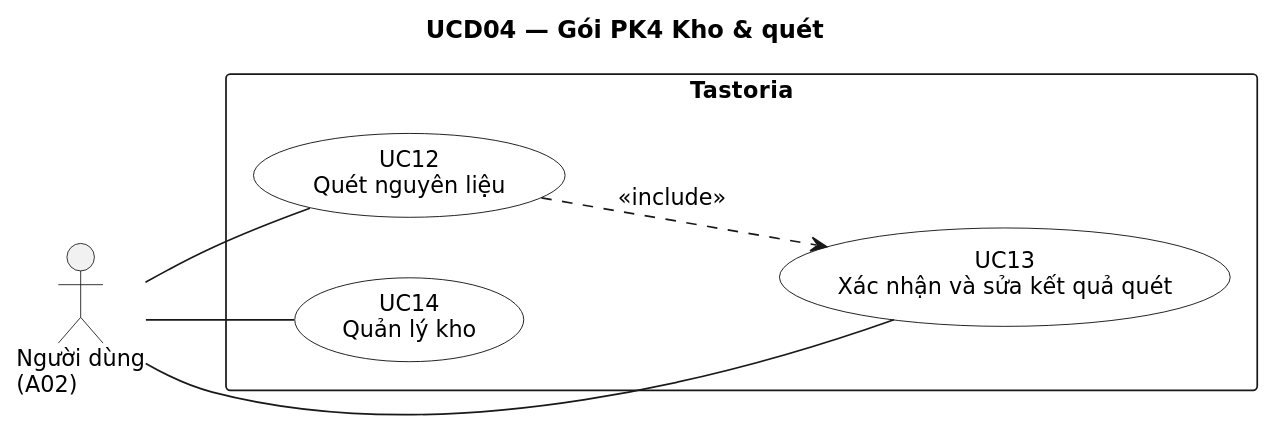
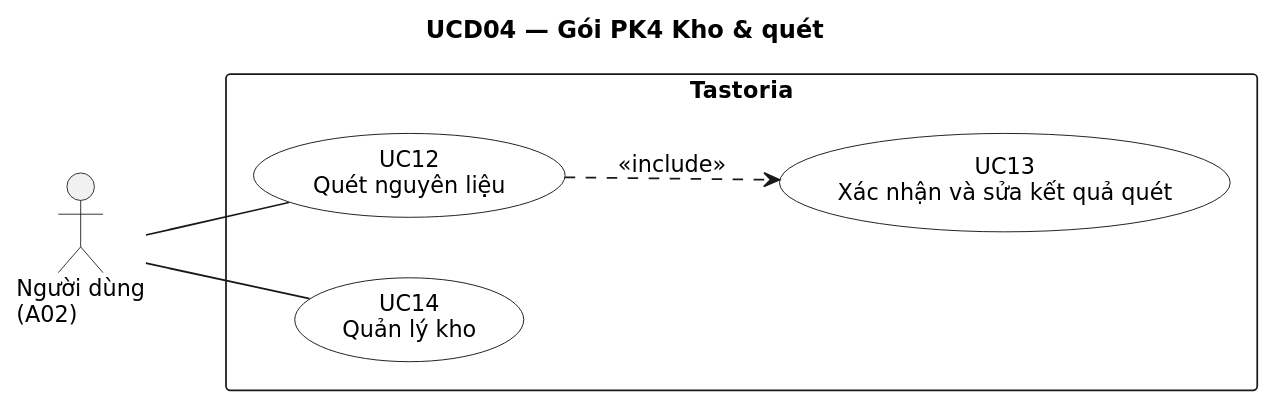
Before and after one commit to NamBuw/Tastoria: the diagram in docs/uml/usecase/UCD04-kho-quet.puml, drawn with PlantUML. The commit also changed 134 other files, not shown here.

First line of the commit message:
docs: keep extension use cases off actor lines and tune diagram grids

```diff
--- a/docs/uml/usecase/UCD04-kho-quet.puml
+++ b/docs/uml/usecase/UCD04-kho-quet.puml
@@ -1,28 +1,27 @@
 @startuml
 title UCD04 — Gói PK4 Kho & quét
 ' Sinh từ docs/sad/tools/diagrams/model.py — sửa ở đó rồi chạy gen_puml.py, không sửa tay.
 skinparam shadowing false
 skinparam defaultFontName DejaVu Sans
 skinparam defaultFontSize 13
 skinparam dpi 110
 
 left to right direction
 skinparam packageStyle rectangle
 skinparam actorStyle stick
 skinparam usecase {
   BackgroundColor White
   BorderColor Black
 }
 
 actor "Người dùng\n(A02)" as A02
 rectangle "Tastoria" {
   usecase "UC12\nQuét nguyên liệu" as UC12
   usecase "UC13\nXác nhận và sửa kết quả quét" as UC13
   usecase "UC14\nQuản lý kho" as UC14
 }
 
 A02 -- UC12
-A02 -- UC13
 A02 -- UC14
 UC12 ..> UC13 : <<include>>
 @enduml
```
